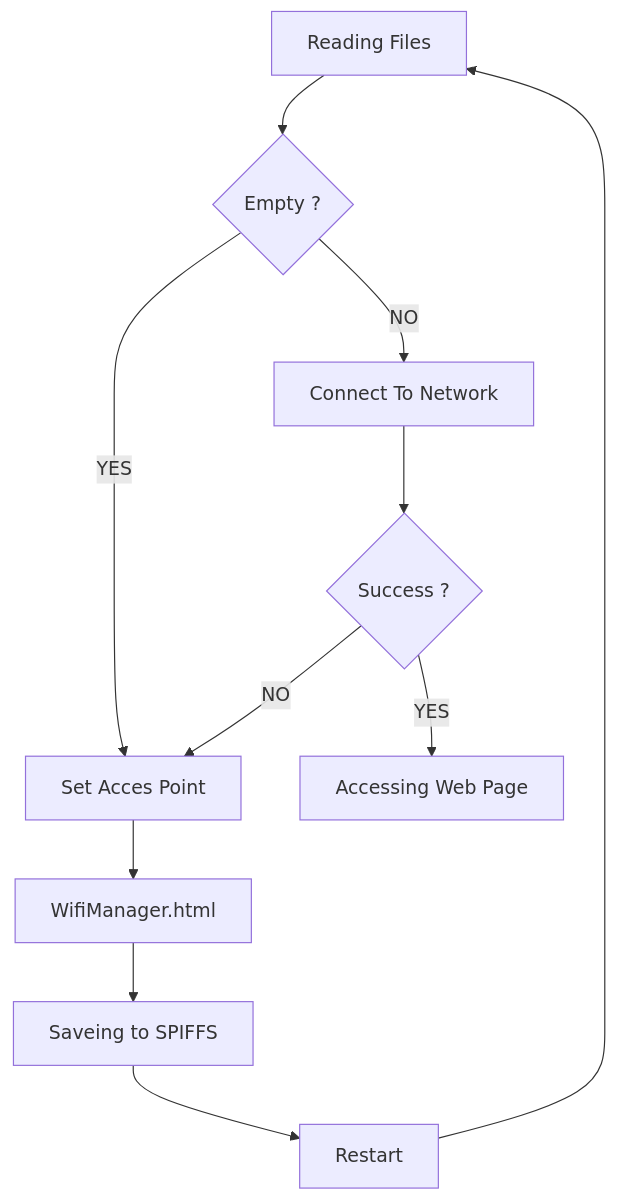
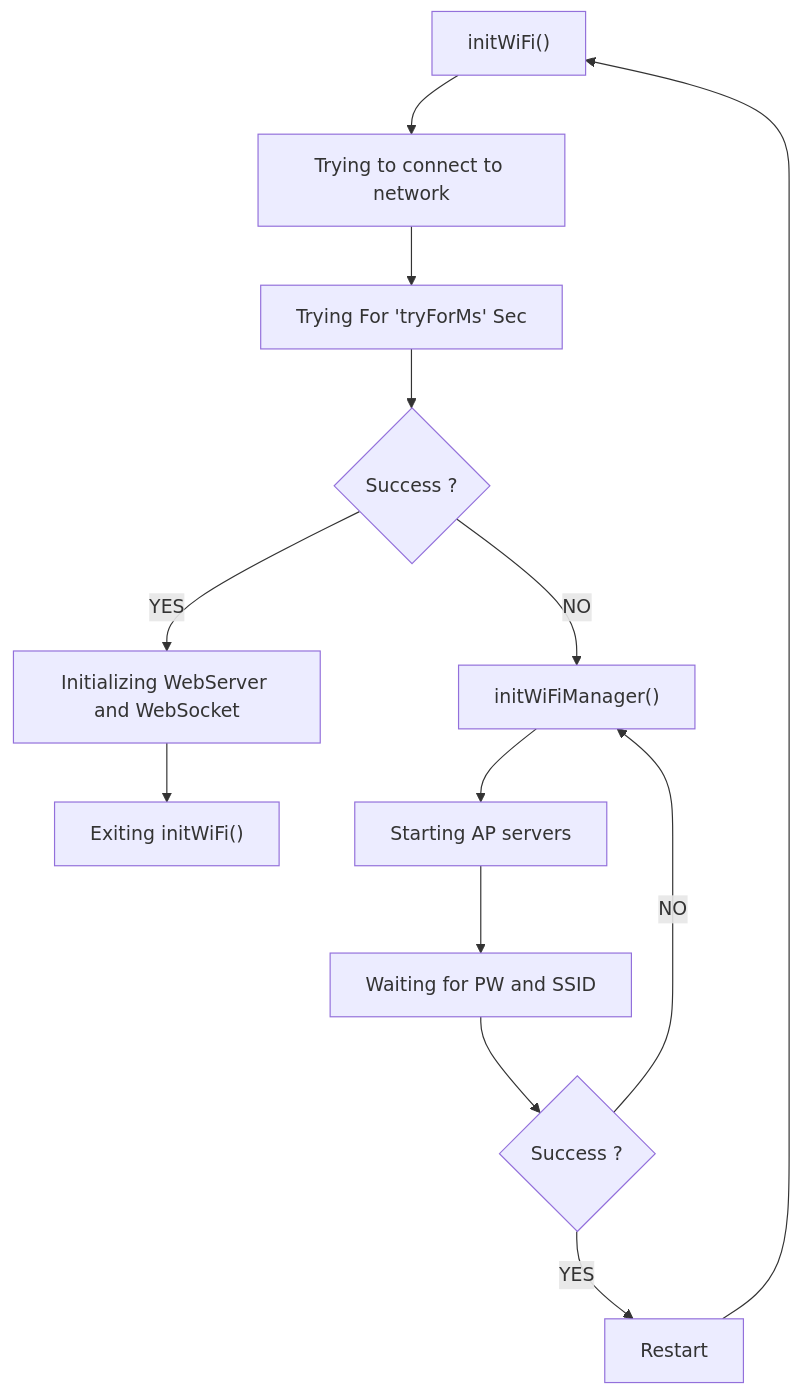
The diagram in README.md (martinvichnal/ESP-IoT-Lamp), drawn with Mermaid before and after one commit. The commit also changed other lines of this file, not shown here.

````diff
--- a/README.md
+++ b/README.md
@@ -7,18 +8,18 @@
 ```mermaid
 flowchart TD
-	ReadFiles --> Empty
-    Empty -->|YES| AccesPoint
-    Empty -->|NO| ConnectNetwork[Connect To Network]
-    ConnectNetwork --> Success{Success ?}
-    Success -->|YES| AccesWebPage[Accessing Web Page]
-    Success -->|NO| AccesPoint
-    AccesPoint --> WifiMan[WifiManager.html]
-    WifiMan --> SaveFile[Saveing to SPIFFS]
-    SaveFile --> Restart[Restart]
-    Restart --> ReadFiles
-	
+    initWiFi["initWiFi()"] --> TryToConnectNetwork[Trying to connect to network]
+    TryToConnectNetwork --> TryingForSec[Trying For 'tryForMs' Sec]
+    TryingForSec --> Success{Success ?}
+    Success -->|YES| initServer[Initializing WebServer and WebSocket]
+    Success -->|NO| initWifiManager["initWiFiManager()"]
 
-ReadFiles[Reading Files]
-Empty{Empty ?}
-AccesPoint[Set Acces Point]
+    initServer --> exitInitWifi["Exiting initWiFi()"]
+
+    initWifiManager --> startWebserverWifiManager["Starting AP servers"]
+    startWebserverWifiManager --> GettingPWSSID["Waiting for PW and SSID"]
+    GettingPWSSID --> SuccessPWSSID{Success ?}
+    SuccessPWSSID -->|YES| Restart
+    SuccessPWSSID -->|NO| initWifiManager["initWiFiManager()"]
+
+    Restart --> initWiFi
 ```
````
